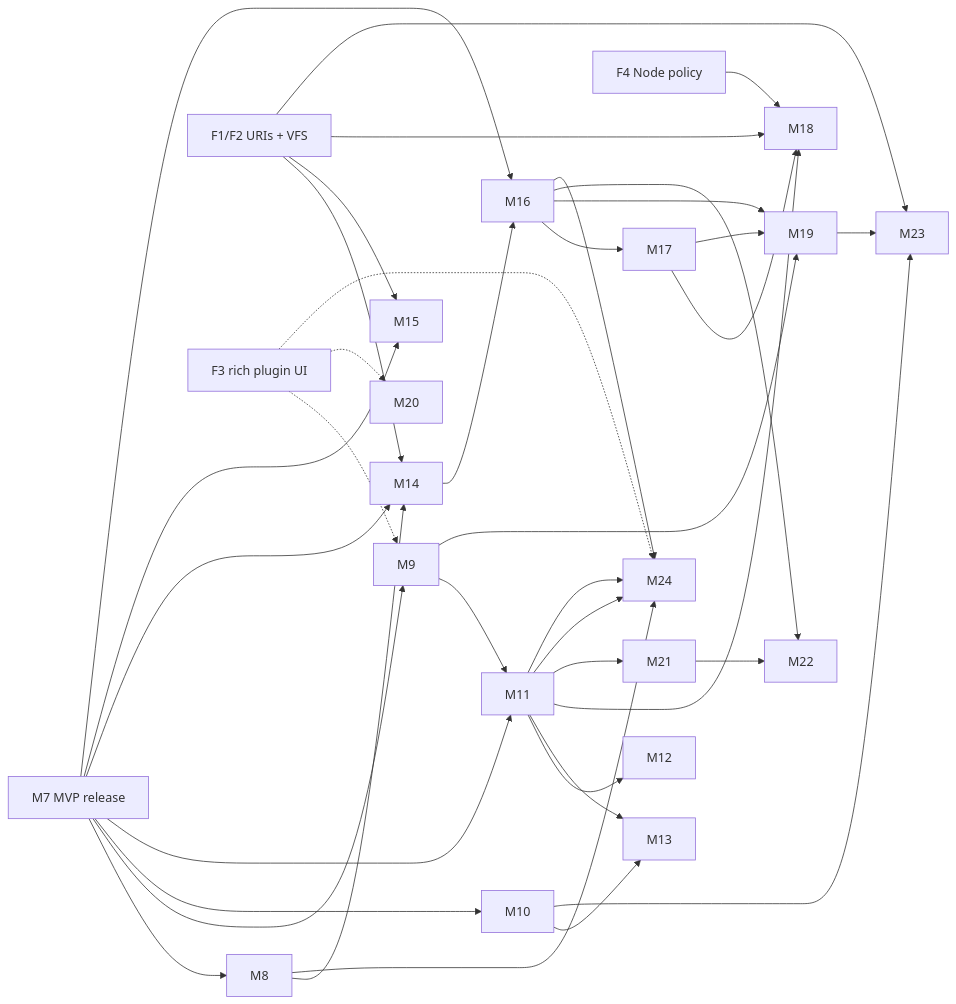
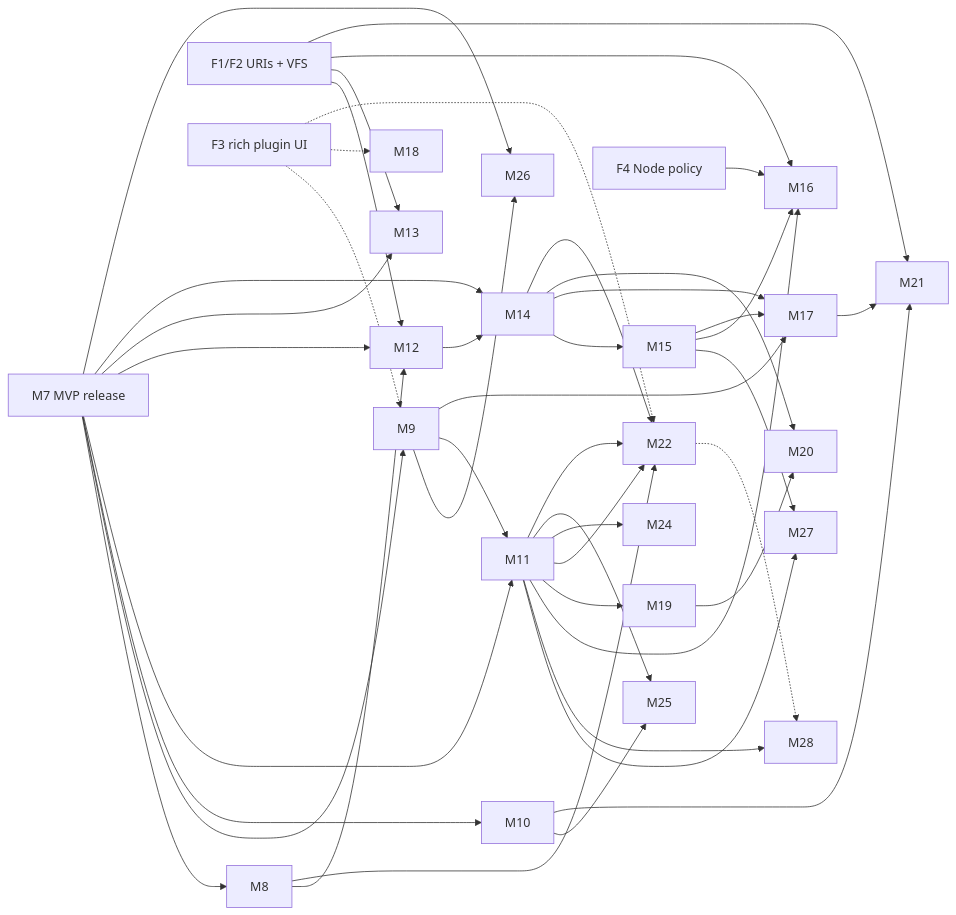
One commit to stavroskasidis/codalus-ide changed the diagram in docs/roadmap.md. Above: the diagram before and after it, drawn with Mermaid. The commit also changed other lines of this file and 1 other file, not shown here.

Commit message:
Commit the roadmap; purge ide-prompt.md from history

````diff
--- a/docs/roadmap.md
+++ b/docs/roadmap.md
@@ -120,21 +131,26 @@
 ```mermaid
 graph LR
-  MVP[M7 MVP release] --> M8 & M9 & M10 & M11 & M14 & M15 & M16
-  F1[F1/F2 URIs + VFS] --> M14 & M15 & M18 & M23
-  F3[F3 rich plugin UI] -.-> M9 & M20 & M24
-  F4[F4 Node policy] --> M18
-  M8 --> M14
+  MVP[M7 MVP release] --> M8 & M9 & M10 & M11 & M12 & M13 & M14 & M26
+  F1[F1/F2 URIs + VFS] --> M12 & M13 & M16 & M21
+  M9 --> M26
+  M11 --> M27
+  M15 --> M27
+  M22 -.-> M28
+  M11 --> M28
+  F3[F3 rich plugin UI] -.-> M9 & M18 & M22
+  F4[F4 Node policy] --> M16
+  M8 --> M12
   M9 --> M11
-  M9 --> M19
-  M10 --> M13
-  M10 --> M23
-  M11 --> M12 & M13 & M18 & M21 & M24
-  M14 --> M16
-  M16 --> M17
-  M17 --> M18 & M19
-  M16 --> M19
-  M16 --> M22
-  M21 --> M22
-  M19 --> M23
-  M8 & M11 & M16 --> M24
+  M9 --> M17
+  M10 --> M25
+  M10 --> M21
+  M11 --> M16 & M19 & M22 & M24 & M25
+  M12 --> M14
+  M14 --> M15
+  M15 --> M16 & M17
+  M14 --> M17
+  M14 --> M20
+  M19 --> M20
+  M17 --> M21
+  M8 & M11 & M14 --> M22
 ```
````
